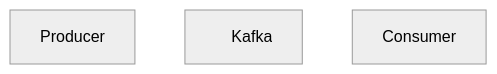
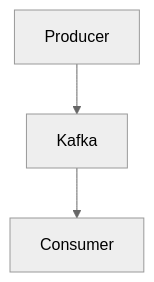
One commit to BurhanH/proxeneta changed the diagram in README.md. Above: the diagram before and after it, drawn with Mermaid (neutral theme).

````diff
--- a/README.md
+++ b/README.md
@@ -4,6 +4,8 @@
 ```mermaid
 flowchart TD;
     Producer;
-    Kafka[fal:fa-handshake Kafka];
+    Kafka;
     Consumer;
+    Producer --> Kafka;
+    Kafka --> Consumer;
 ```
````
